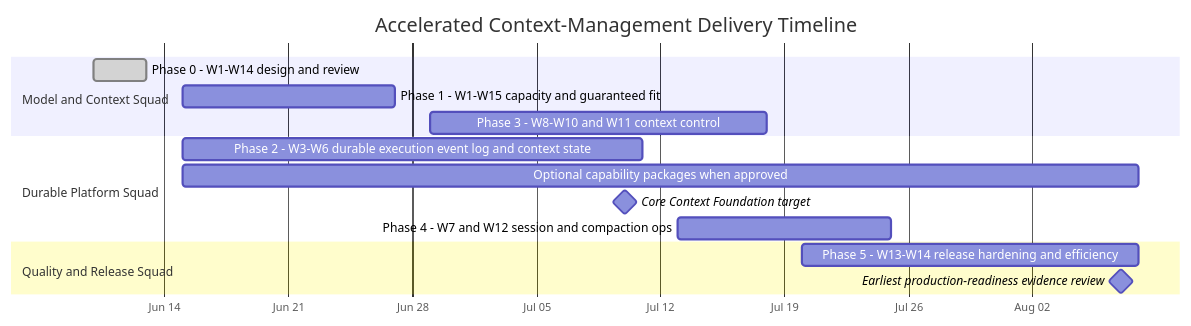
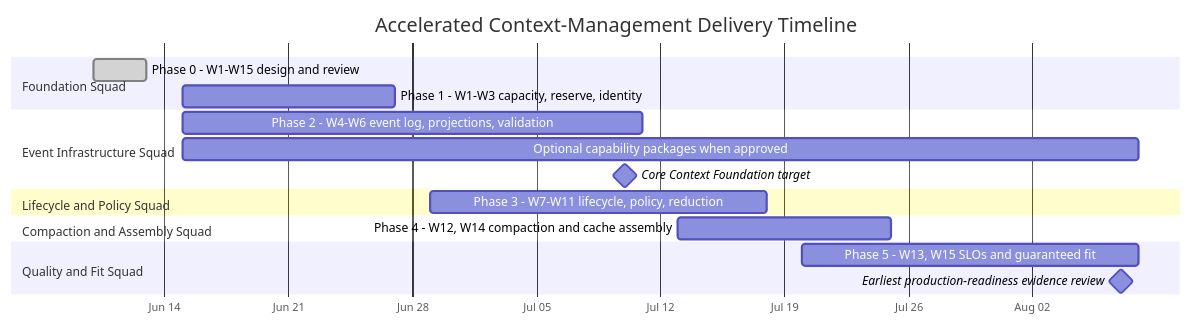
Before and after one commit to ModelEngine-Group/nexent: the fifth of 6 diagrams in doc/working/context-management-workstreams/context-management-production-plan.md, drawn with Mermaid. The commit also changed other lines of this file, not shown here.

First line of the commit message:
docs: update production plan with new W-ID order and phase structure

````diff
--- a/doc/working/context-management-workstreams/context-management-production-plan.md
+++ b/doc/working/context-management-workstreams/context-management-production-plan.md
@@ -1161,21 +1199,25 @@
 ```mermaid
 gantt
     title Accelerated Context-Management Delivery Timeline
     dateFormat  YYYY-MM-DD
     axisFormat  %b %d
 
-    section Model and Context Squad
-    Phase 0 - W1-W14 design and review                 :done, p0, 2026-06-10, 3d
-    Phase 1 - W1-W15 capacity and guaranteed fit        :p1, 2026-06-15, 12d
-    Phase 3 - W8-W10 and W11 context control          :p3, 2026-06-29, 19d
+    section Foundation Squad
+    Phase 0 - W1-W15 design and review                 :done, p0, 2026-06-10, 3d
+    Phase 1 - W1-W3 capacity, reserve, identity        :p1, 2026-06-15, 12d
 
-    section Durable Platform Squad
-    Phase 2 - W3-W6 durable execution event log and context state   :p2, 2026-06-15, 26d
+    section Event Infrastructure Squad
+    Phase 2 - W4-W6 event log, projections, validation :p2, 2026-06-15, 26d
     Optional capability packages when approved         :p17, 2026-06-15, 54d
     Core Context Foundation target                     :milestone, m1, 2026-07-10, 0d
-    Phase 4 - W7 and W12 session and compaction ops    :p4, 2026-07-13, 12d
 
-    section Quality and Release Squad
-    Phase 5 - W13-W14 release hardening and efficiency :p5, 2026-07-20, 19d
+    section Lifecycle and Policy Squad
+    Phase 3 - W7-W11 lifecycle, policy, reduction      :p3, 2026-06-29, 19d
+
+    section Compaction and Assembly Squad
+    Phase 4 - W12, W14 compaction and cache assembly   :p4, 2026-07-13, 12d
+
+    section Quality and Fit Squad
+    Phase 5 - W13, W15 SLOs and guaranteed fit         :p5, 2026-07-20, 19d
     Earliest production-readiness evidence review      :milestone, m2, 2026-08-07, 0d
 ```
````
